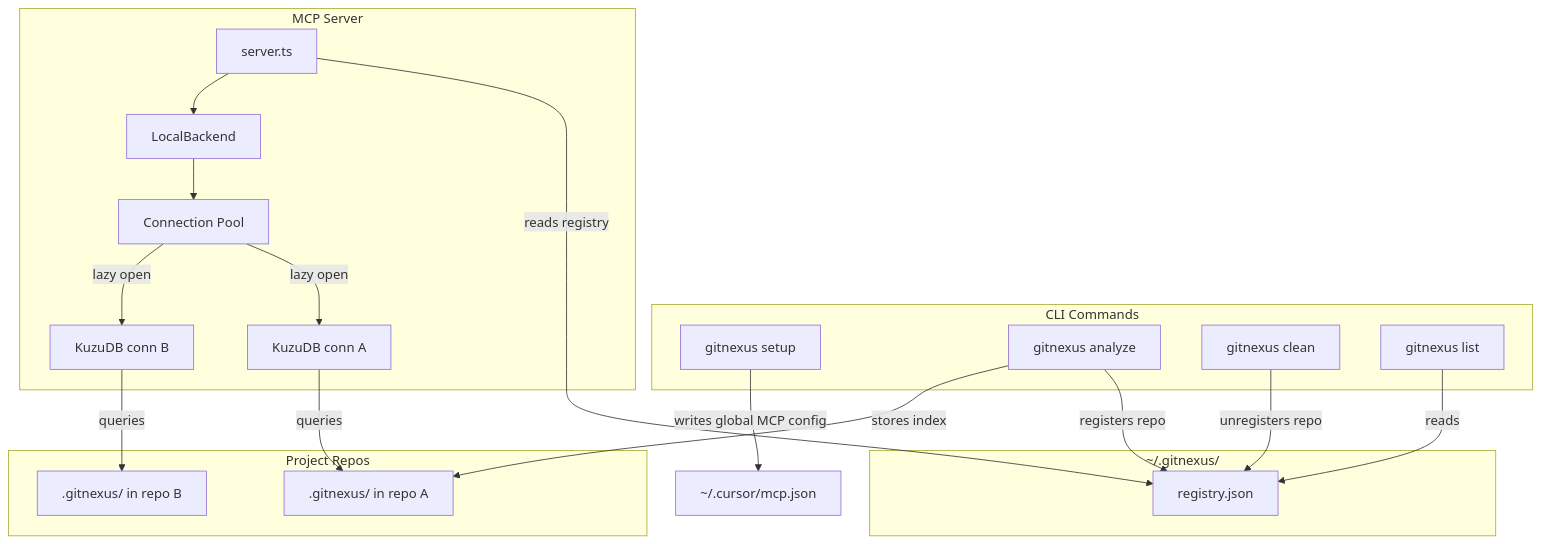
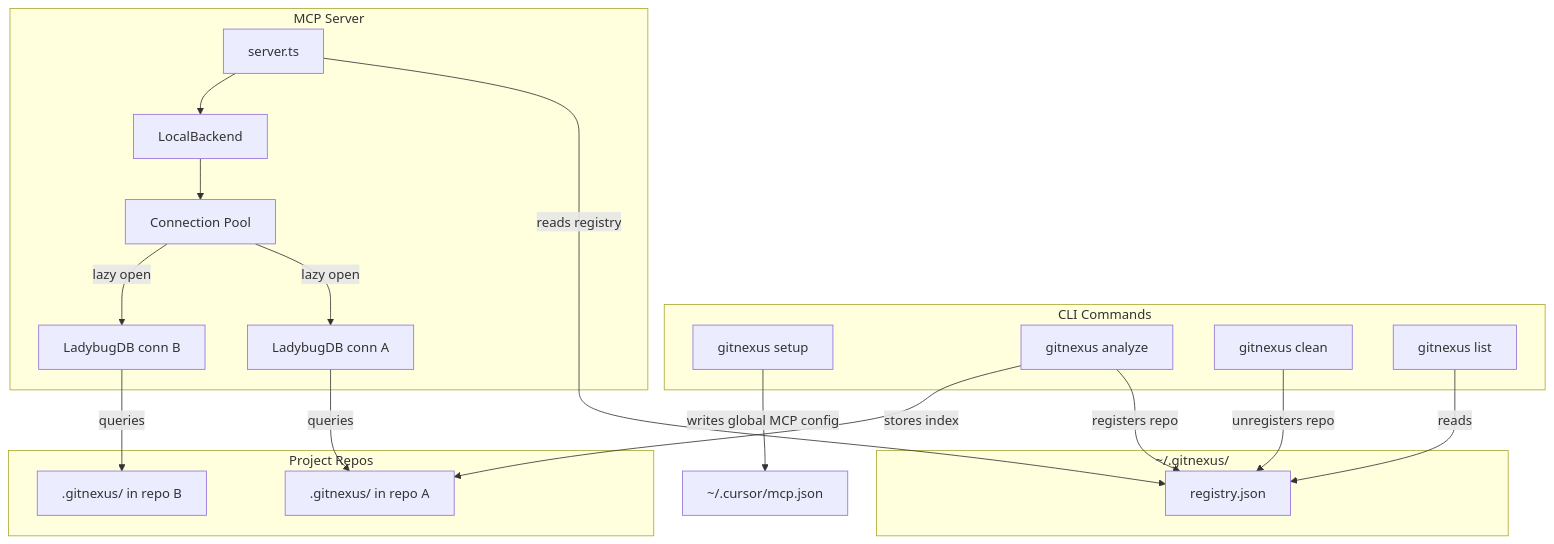
One commit to motolese/GitNexus changed the first of 2 diagrams in README.md. Above: the diagram before and after it, drawn with Mermaid. The commit also changed other lines of this file and 76 other files, not shown here.

First line of the commit message:
refactor: migrate from KuzuDB to LadybugDB v0.15 (#275)

````diff
--- a/README.md
+++ b/README.md
@@ -205,39 +205,39 @@
 ```mermaid
 flowchart TD
     subgraph CLI [CLI Commands]
         Setup["gitnexus setup"]
         Analyze["gitnexus analyze"]
         Clean["gitnexus clean"]
         List["gitnexus list"]
     end
 
     subgraph Registry ["~/.gitnexus/"]
         RegFile["registry.json"]
     end
 
     subgraph Repos [Project Repos]
         RepoA[".gitnexus/ in repo A"]
         RepoB[".gitnexus/ in repo B"]
     end
 
     subgraph MCP [MCP Server]
         Server["server.ts"]
         Backend["LocalBackend"]
         Pool["Connection Pool"]
-        ConnA["KuzuDB conn A"]
-        ConnB["KuzuDB conn B"]
+        ConnA["LadybugDB conn A"]
+        ConnB["LadybugDB conn B"]
     end
 
     Setup -->|"writes global MCP config"| CursorConfig["~/.cursor/mcp.json"]
     Analyze -->|"registers repo"| RegFile
     Analyze -->|"stores index"| RepoA
     Clean -->|"unregisters repo"| RegFile
     List -->|"reads"| RegFile
     Server -->|"reads registry"| RegFile
     Server --> Backend
     Backend --> Pool
     Pool -->|"lazy open"| ConnA
     Pool -->|"lazy open"| ConnB
     ConnA -->|"queries"| RepoA
     ConnB -->|"queries"| RepoB
 ```
````
